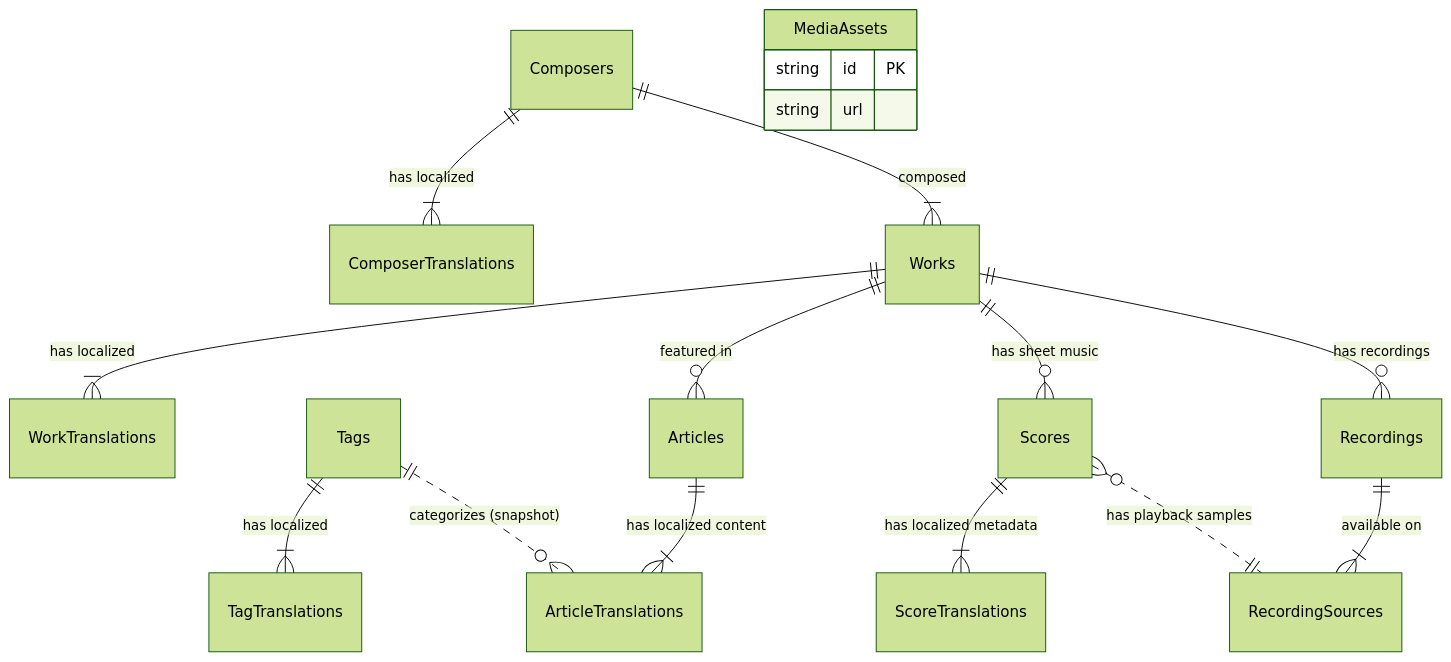
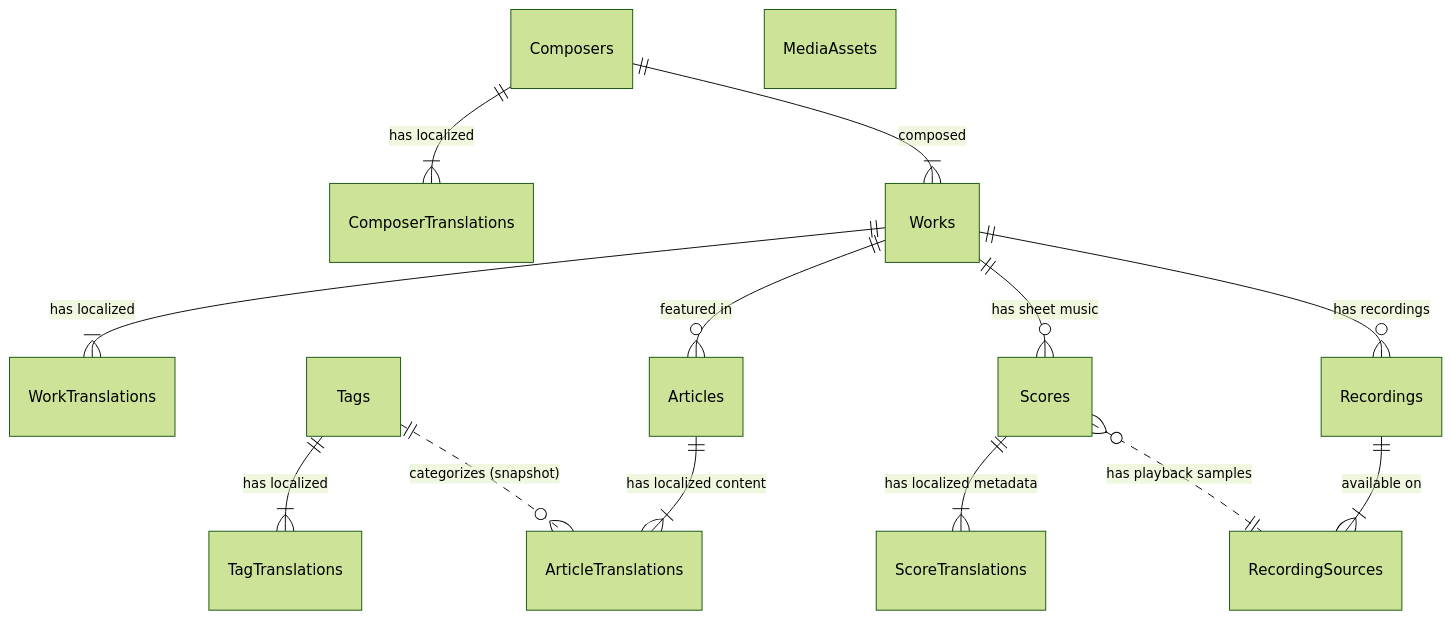
The first of 3 diagrams in docs/05_design/database-schema.md (preludio-lab/preludio-lab), drawn with Mermaid (forest theme) before and after one commit.

Commit message:
docs(db): ER図のMediaAssetsをエンティティ名のみに統一

````diff
--- a/docs/05_design/database-schema.md
+++ b/docs/05_design/database-schema.md
@@ -54,24 +54,21 @@
 ```mermaid
 erDiagram
     %% Masters (Reference)
     Composers ||--|{ ComposerTranslations : "has localized"
     Composers ||--|{ Works : "composed"
     Works ||--|{ WorkTranslations : "has localized"
     Tags ||--|{ TagTranslations : "has localized"
-    MediaAssets {
-        string id PK
-        string url
-    }
+    MediaAssets
 
     %% Application Core (Zero-JOIN)
     Works ||--o{ Articles : "featured in"
     Articles ||--|{ ArticleTranslations : "has localized content"
     Tags ||..o{ ArticleTranslations : "categorizes (snapshot)"
 
     %% Multimedia Assets
     Works ||--o{ Scores : "has sheet music"
     Scores ||--|{ ScoreTranslations : "has localized metadata"
     Scores }o..|| RecordingSources : "has playback samples"
     Works ||--o{ Recordings : "has recordings"
     Recordings ||--|{ RecordingSources : "available on"
 ```
````
